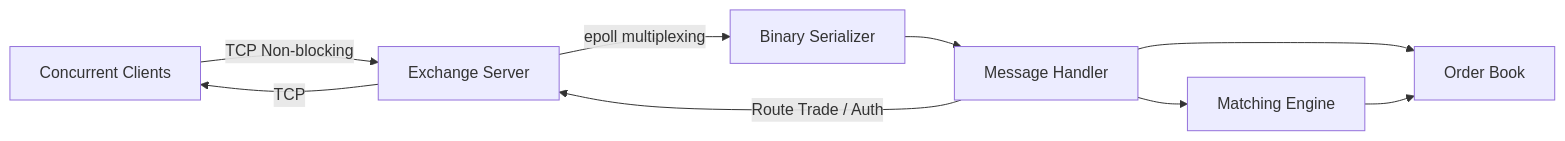
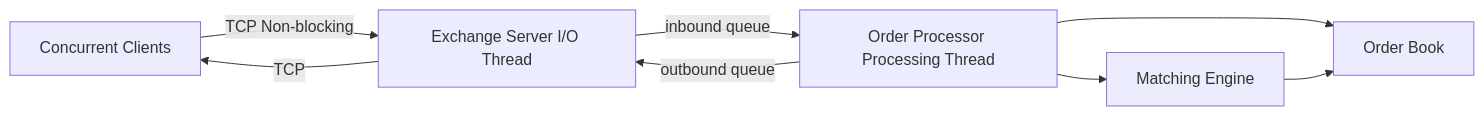
Before and after one commit to GlenFilson/exchange-simulator: the first of 2 diagrams in README.md, drawn with Mermaid. The commit also changed other lines of this file and 11 other files, not shown here.

Commit message:
multithreaded I/O, with basic thread safe queue using mutex

````diff
--- a/README.md
+++ b/README.md
@@ -7,11 +7,10 @@
 ```mermaid
 graph LR
-    Clients[Concurrent Clients] -->|TCP Non-blocking|Server[Exchange Server]
-    Server -->|epoll multiplexing| Serializer[Binary Serializer]
-    Serializer --> Handler[Message Handler]
-    Handler --> ME[Matching Engine]
-    Handler --> OB[Order Book]
+    Clients[Concurrent Clients] -->|TCP Non-blocking| Server[Exchange Server I/O Thread]
+    Server -->|inbound queue| Processor[Order Processor Processing Thread]
+    Processor --> ME[Matching Engine]
+    Processor --> OB[Order Book]
     ME --> OB
-    Handler -->|Route Trade / Auth| Server
+    Processor -->|outbound queue| Server
     Server -->|TCP| Clients
 ```
````
